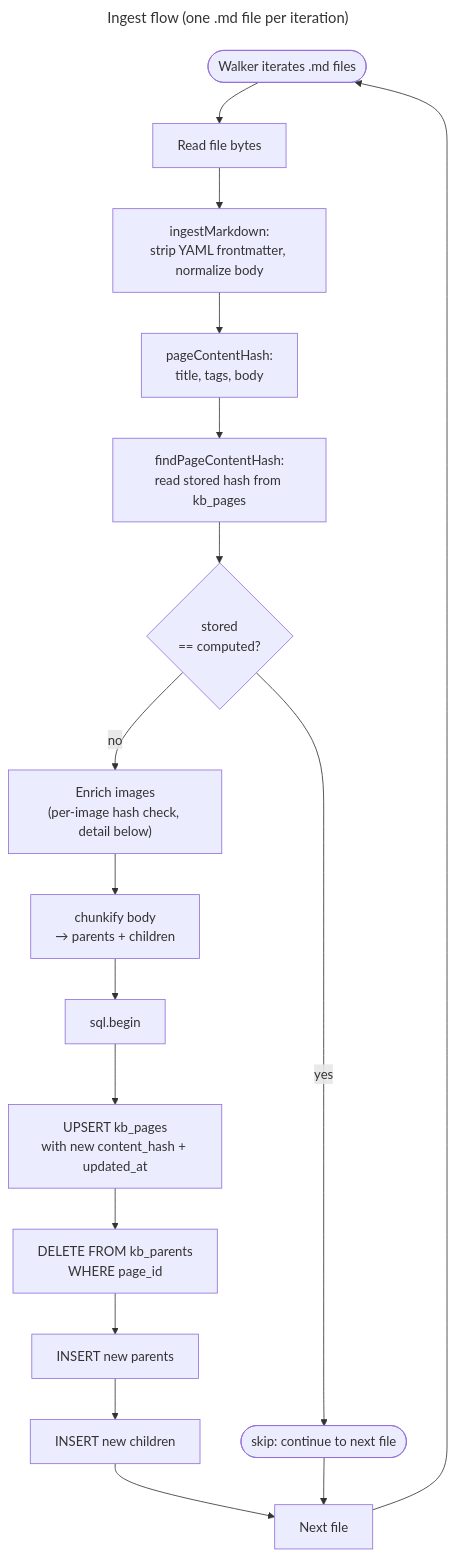
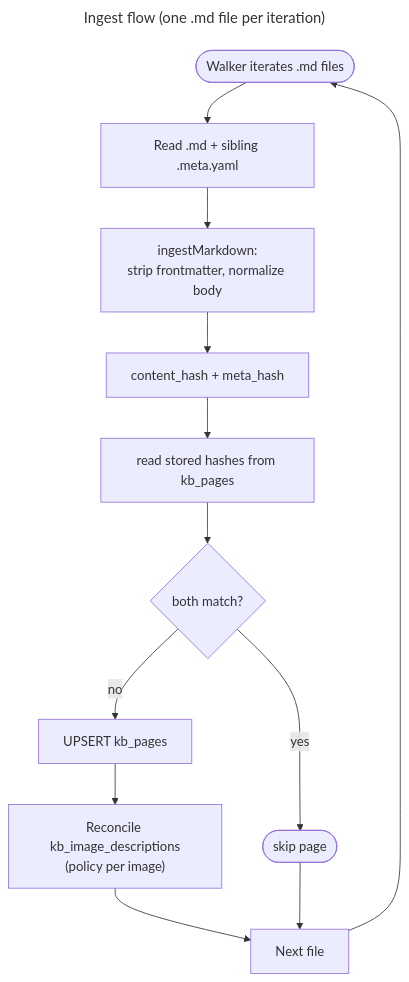
Before and after one commit to kyung-lee-official/neuxus: the diagram in docs/modern-knowledge-base-design/02-ingest.md, drawn with Mermaid. The commit also changed other lines of this file, not shown here.

Commit message:
docs: update ingest documentation for clarity and accuracy

````diff
--- a/docs/modern-knowledge-base-design/02-ingest.md
+++ b/docs/modern-knowledge-base-design/02-ingest.md
@@ -11,22 +22,18 @@
 ```mermaid
 ---
 title: Ingest flow (one .md file per iteration)
+theme: neo-dark
 ---
 flowchart TD
-  Walker([Walker iterates .md files]) --> Read[Read file bytes]
-  Read --> Parse["ingestMarkdown:<br/>strip YAML frontmatter, normalize body"]
-  Parse --> HashBody["pageContentHash:<br/>title, tags, body"]
-  HashBody --> Lookup["findPageContentHash:<br/>read stored hash from kb_pages"]
-  Lookup --> Match{stored<br/>== computed?}
-  Match -- yes --> Skip([skip: continue to next file])
-  Match -- no --> Enrich["Enrich images<br/>(per-image hash check, detail below)"]
-  Enrich --> Chunk["chunkify body<br/>→ parents + children"]
-  Chunk --> Tx[sql.begin]
-  Tx --> Upsert["UPSERT kb_pages<br/>with new content_hash + updated_at"]
-  Upsert --> Del["DELETE FROM kb_parents<br/>WHERE page_id"]
-  Del --> InsP[INSERT new parents]
-  InsP --> InsC[INSERT new children]
-  InsC --> Next[Next file]
+  Walker([Walker iterates .md files]) --> Read["Read .md + sibling .meta.yaml"]
+  Read --> Parse["ingestMarkdown:<br/>strip frontmatter, normalize body"]
+  Parse --> Hash["content_hash + meta_hash"]
+  Hash --> Lookup["read stored hashes from kb_pages"]
+  Lookup --> Match{both match?}
+  Match -- yes --> Skip([skip page])
+  Match -- no --> Upsert["UPSERT kb_pages"]
+  Upsert --> Reconcile["Reconcile kb_image_descriptions<br/>(policy per image)"]
+  Reconcile --> Next[Next file]
   Skip --> Next
   Next --> Walker
 ```
````
